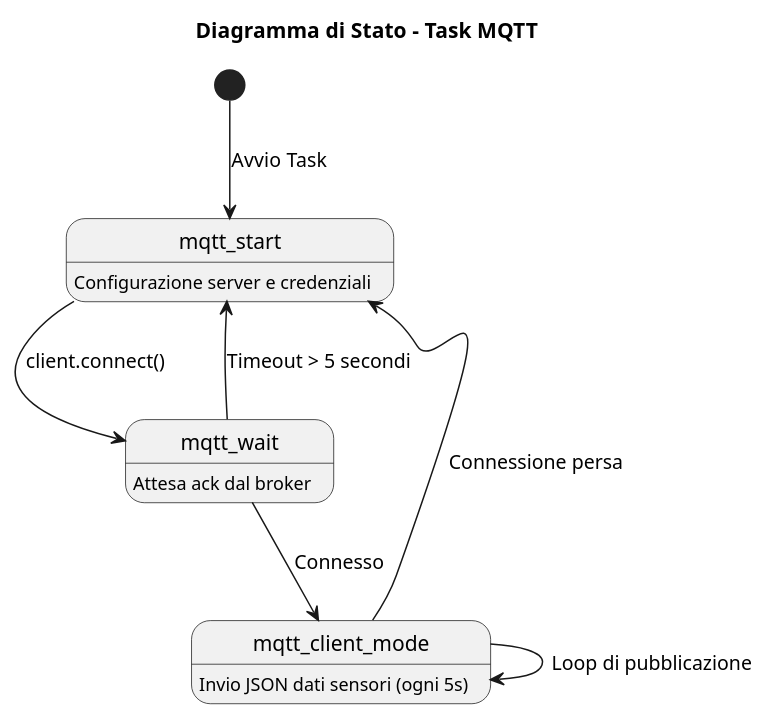
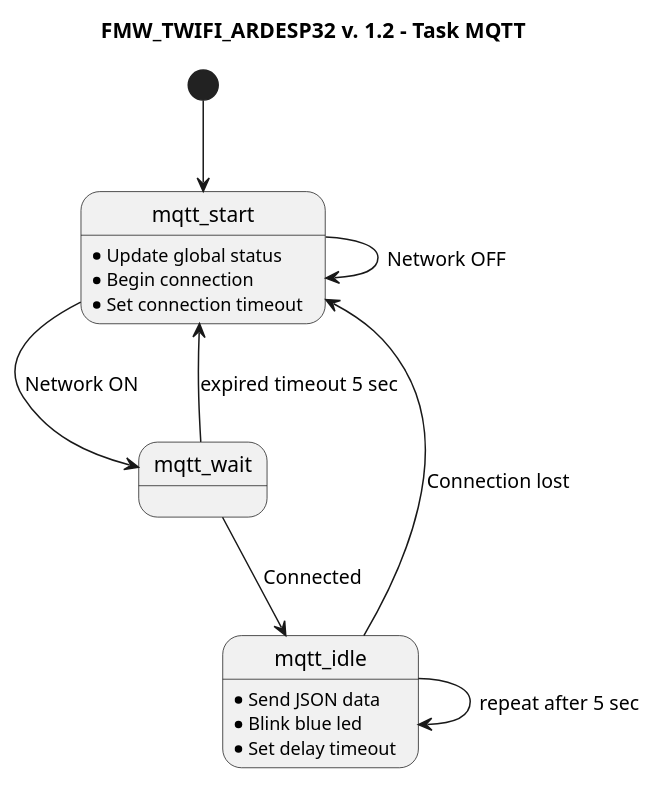
The diagram in uml/TaskMqtt.puml (spedone/firmware_termometro_wifi), drawn with PlantUML before and after one commit. The commit also changed 3 other files, not shown here.

Commit message:
Aggiorna diagrammi UML

```diff
--- a/uml/TaskMqtt.puml
+++ b/uml/TaskMqtt.puml
@@ -1,26 +1,25 @@
 @startuml
-title Diagramma di Stato - Task MQTT
+title FMW_TWIFI_ARDESP32 v. 1.2 - Task MQTT
 
-[*] --> mqtt_start : Avvio Task
+[*] --> mqtt_start 
 
-state mqtt_start {
-  mqtt_start : Configurazione server e credenziali
-}
+state mqtt_start 
+mqtt_start : * Update global status
+mqtt_start : * Begin connection
+mqtt_start : * Set connection timeout
+mqtt_start --> mqtt_start : Network OFF
+mqtt_start --> mqtt_wait : Network ON
 
-mqtt_start --> mqtt_wait : client.connect()
+state mqtt_wait 
+mqtt_wait --> mqtt_idle : Connected
+mqtt_wait --> mqtt_start : expired timeout 5 sec
 
-state mqtt_wait {
-  mqtt_wait : Attesa ack dal broker
-}
+state mqtt_idle
+mqtt_idle : * Send JSON data 
+mqtt_idle : * Blink blue led
+mqtt_idle : * Set delay timeout
+mqtt_idle --> mqtt_start : Connection lost
+mqtt_idle --> mqtt_idle : repeat after 5 sec 
 
-mqtt_wait --> mqtt_client_mode : Connesso
-mqtt_wait --> mqtt_start : Timeout > 5 secondi
-
-state mqtt_client_mode {
-  mqtt_client_mode : Invio JSON dati sensori (ogni 5s)
-}
-
-mqtt_client_mode --> mqtt_start : Connessione persa
-mqtt_client_mode --> mqtt_client_mode : Loop di pubblicazione
 
 @enduml
```
